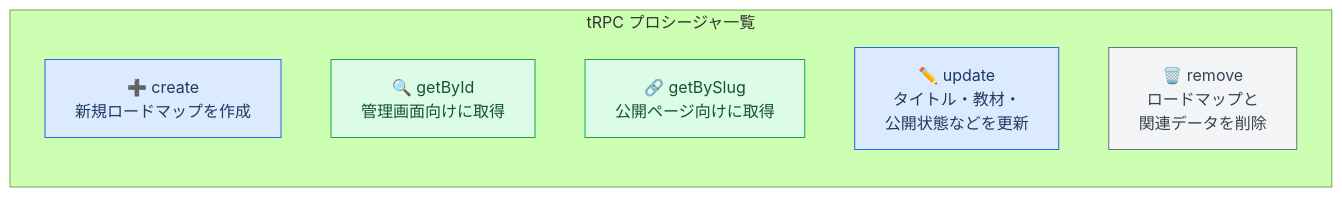
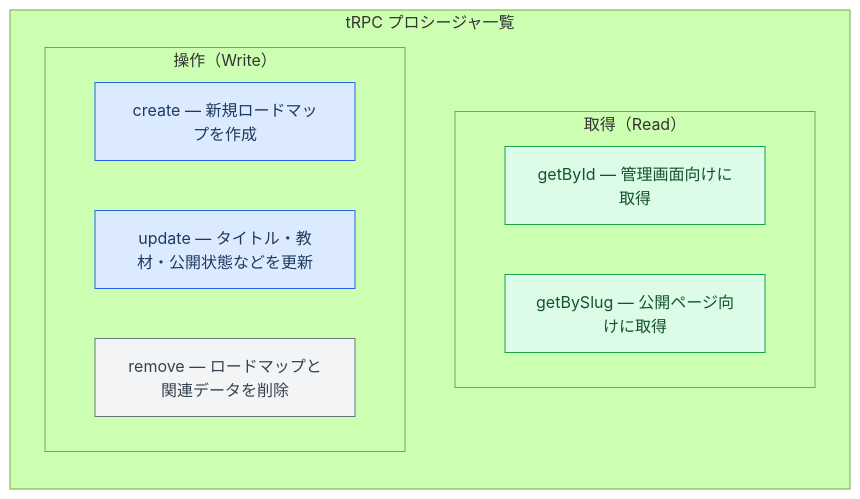
The fourth of 4 diagrams in articles/custom-learning-roadmap.md (Yucco-K/tech-blog-1), drawn with Mermaid (forest theme) before and after one commit. The commit also changed other lines of this file, not shown here.

Commit message:
feat: ロードマップ記事のtext図をMermaidに置き換え
フロー図・階層図・進捗タイムライン・tRPCプロシージャ一覧をMermaid化し、取得（Read）/操作（Write）で分類して可読性を向上。

````diff
--- a/articles/custom-learning-roadmap.md
+++ b/articles/custom-learning-roadmap.md
@@ -180,17 +180,26 @@
 ```mermaid
-flowchart LR
-  subgraph procedures["tRPC プロシージャ一覧"]
-    A["➕ create<br/>新規ロードマップを作成"]
-    B["🔍 getById<br/>管理画面向けに取得"]
-    C["🔗 getBySlug<br/>公開ページ向けに取得"]
-    D["✏️ update<br/>タイトル・教材・<br/>公開状態などを更新"]
-    E["🗑️ remove<br/>ロードマップと<br/>関連データを削除"]
+flowchart TD
+  subgraph trpcList["tRPC プロシージャ一覧"]
+    direction TB
+
+    subgraph read["取得（Read）"]
+      direction LR
+      B["getById — 管理画面向けに取得"]
+      C["getBySlug — 公開ページ向けに取得"]
+    end
+
+    subgraph write["操作（Write）"]
+      direction LR
+      A["create — 新規ロードマップを作成"]
+      D["update — タイトル・教材・公開状態などを更新"]
+      E["remove — ロードマップと関連データを削除"]
+    end
   end
 
   classDef blue fill:#dbeafe,stroke:#2563eb,color:#1e3a5f
   classDef green fill:#dcfce7,stroke:#16a34a,color:#14532d
   classDef gray fill:#f3f4f6,stroke:#6b7280,color:#374151
   class A,D blue
   class B,C green
   class E gray
 ```
````
